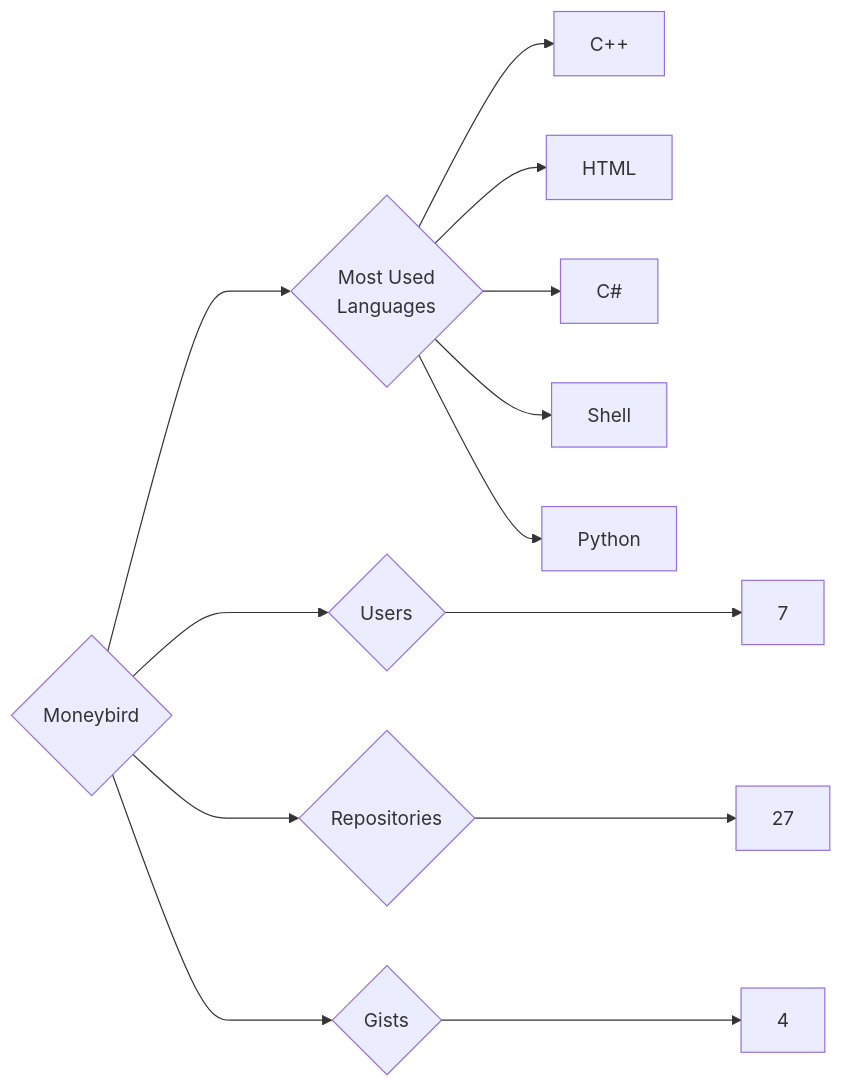
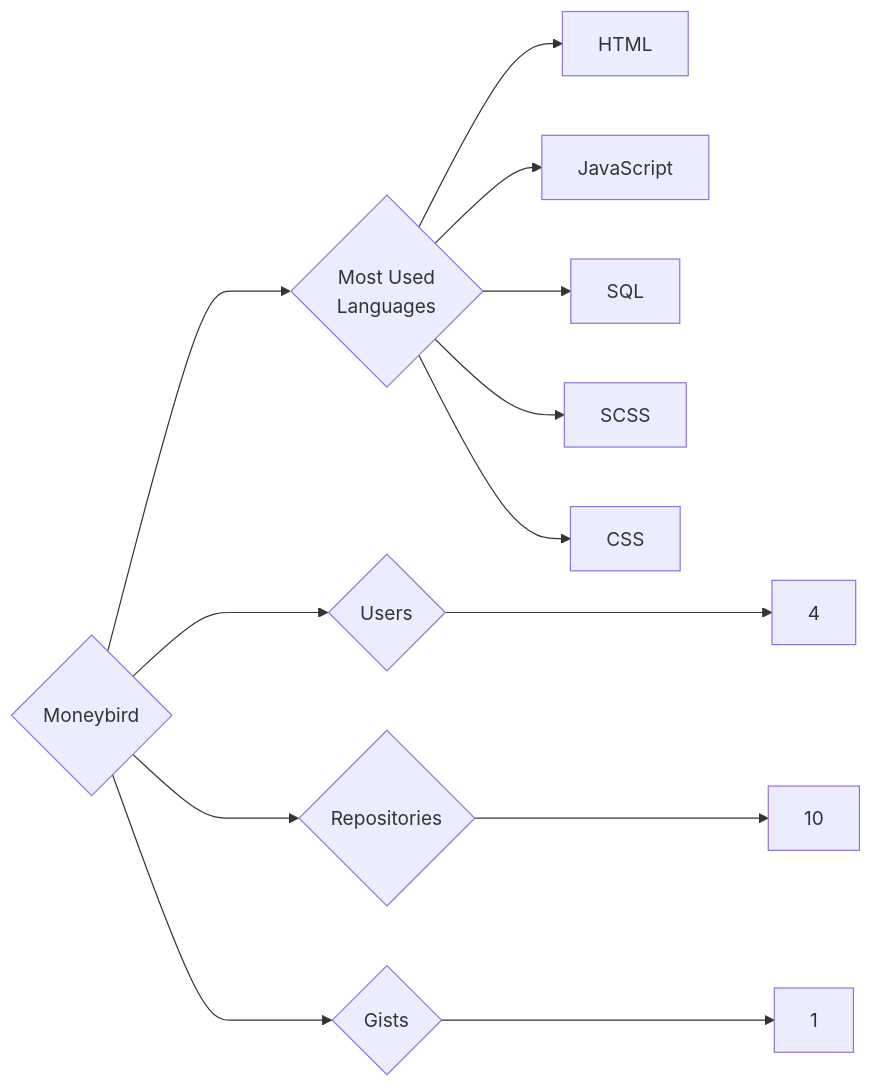
Before and after one commit to trickest/insiders: the diagram in targets/Moneybird/README.md, drawn with Mermaid. The commit also changed 970 other files, not shown here.

````diff
--- a/targets/Moneybird/README.md
+++ b/targets/Moneybird/README.md
@@ -3,13 +3,13 @@
 ```mermaid
 graph LR
 COMPANY_NAME{Moneybird}
-COMPANY_NAME ---> U{Users} ---> UN[7]
-COMPANY_NAME ---> R{Repositories} ---> RN[27]
-COMPANY_NAME ---> G{Gists} ---> GN[4]
+COMPANY_NAME ---> U{Users} ---> UN[4]
+COMPANY_NAME ---> R{Repositories} ---> RN[10]
+COMPANY_NAME ---> G{Gists} ---> GN[1]
 COMPANY_NAME ---> ML{Most Used<br>Languages}
-ML --> C++[C++]
 ML --> HTML[HTML]
-ML --> C#[C#]
-ML --> Shell[Shell]
-ML --> Python[Python]
+ML --> JavaScript[JavaScript]
+ML --> SQL[SQL]
+ML --> SCSS[SCSS]
+ML --> CSS[CSS]
 ```
````
